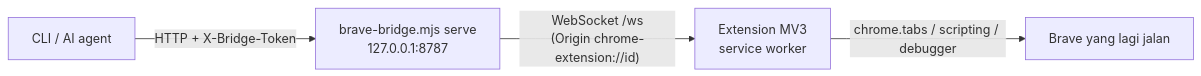
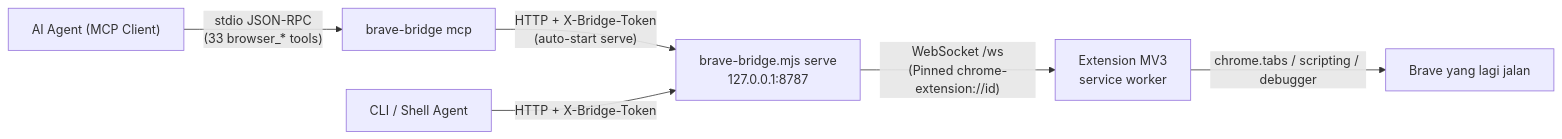
Before and after one commit to AniEvo-ID/anievo-brave-bridge: the diagram in README.md, drawn with Mermaid. The commit also changed other lines of this file and 6 other files, not shown here.

````diff
--- a/README.md
+++ b/README.md
@@ -26,6 +26,8 @@
 ```mermaid
 flowchart LR
-    CLI["CLI / AI agent"] -- "HTTP + X-Bridge-Token" --> S["brave-bridge.mjs serve<br/>127.0.0.1:8787"]
-    S -- "WebSocket /ws<br/>(Origin chrome-extension://id)" --> E["Extension MV3<br/>service worker"]
+    MCP["AI Agent (MCP Client)"] -- "stdio JSON-RPC<br/>(33 browser_* tools)" --> M["brave-bridge mcp"]
+    M -- "HTTP + X-Bridge-Token<br/>(auto-start serve)" --> S["brave-bridge.mjs serve<br/>127.0.0.1:8787"]
+    CLI["CLI / Shell Agent"] -- "HTTP + X-Bridge-Token" --> S
+    S -- "WebSocket /ws<br/>(Pinned chrome-extension://id)" --> E["Extension MV3<br/>service worker"]
     E -- "chrome.tabs / scripting / debugger" --> B["Brave yang lagi jalan"]
 ```
````
